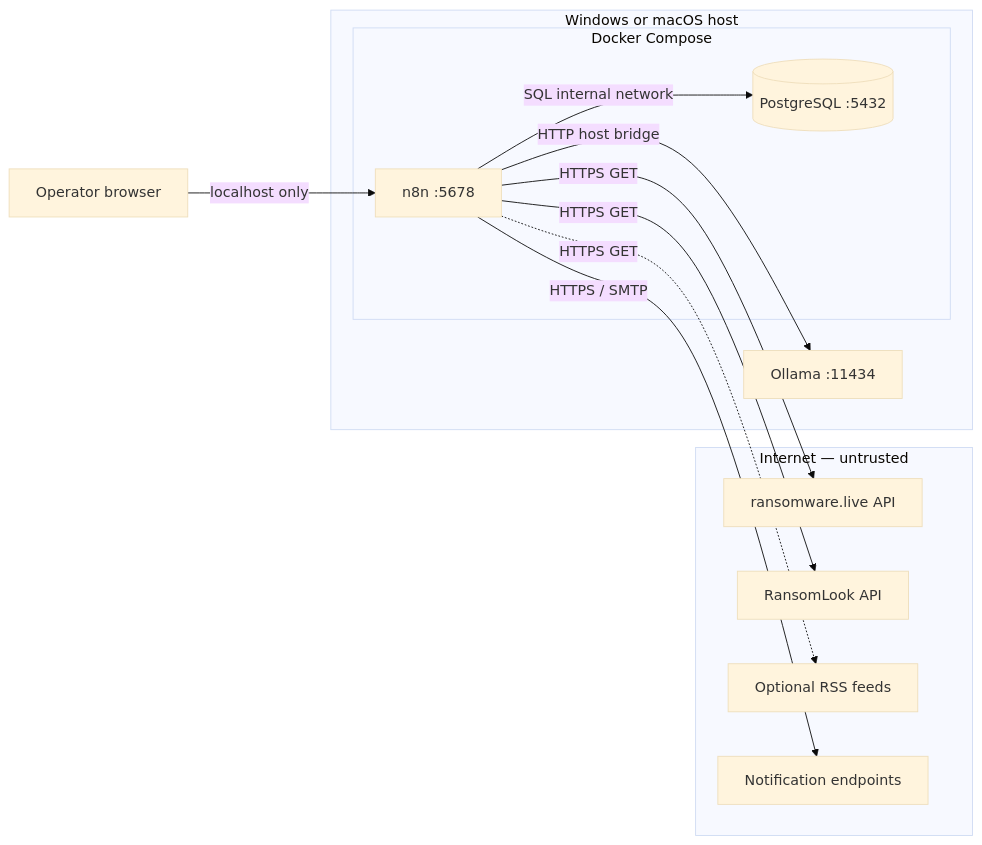
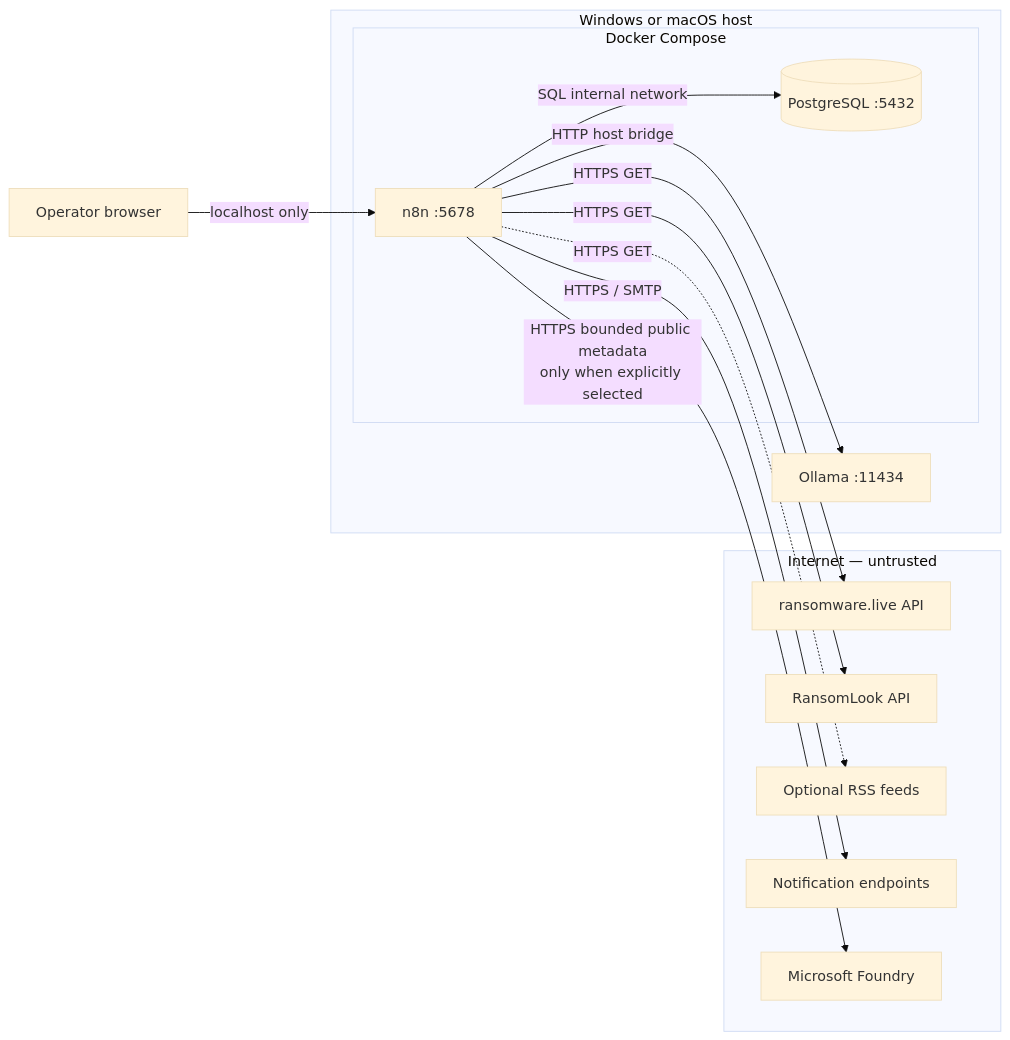
Before and after one commit to DimLeon009/threat-claim-monitor: the second of 6 diagrams in docs/architecture/architecture.md, drawn with Mermaid (base theme). The commit also changed other lines of this file and 19 other files, not shown here.

First line of the commit message:
feat: add provider-aware Microsoft Foundry analysis (#6)

````diff
--- a/docs/architecture/architecture.md
+++ b/docs/architecture/architecture.md
@@ -77,28 +77,30 @@
 ```mermaid
 flowchart LR
     USER["Operator browser"]
 
     subgraph INTERNET["Internet — untrusted"]
         API1["ransomware.live API"]
         API2["RansomLook API"]
         RSS["Optional RSS feeds"]
         DEST["Notification endpoints"]
+        FOUNDRY["Microsoft Foundry"]
     end
 
     subgraph HOST["Windows or macOS host"]
         OLLAMA["Ollama :11434"]
 
         subgraph COMPOSE["Docker Compose"]
             N8N["n8n :5678"]
             PG[("PostgreSQL :5432")]
         end
     end
 
     USER -->|"localhost only"| N8N
     N8N -->|"HTTPS GET"| API1
     N8N -->|"HTTPS GET"| API2
     N8N -.->|"HTTPS GET"| RSS
     N8N -->|"SQL internal network"| PG
     N8N -->|"HTTP host bridge"| OLLAMA
+    N8N -->|"HTTPS bounded public metadata<br/>only when explicitly selected"| FOUNDRY
     N8N -->|"HTTPS / SMTP"| DEST
 ```
````
